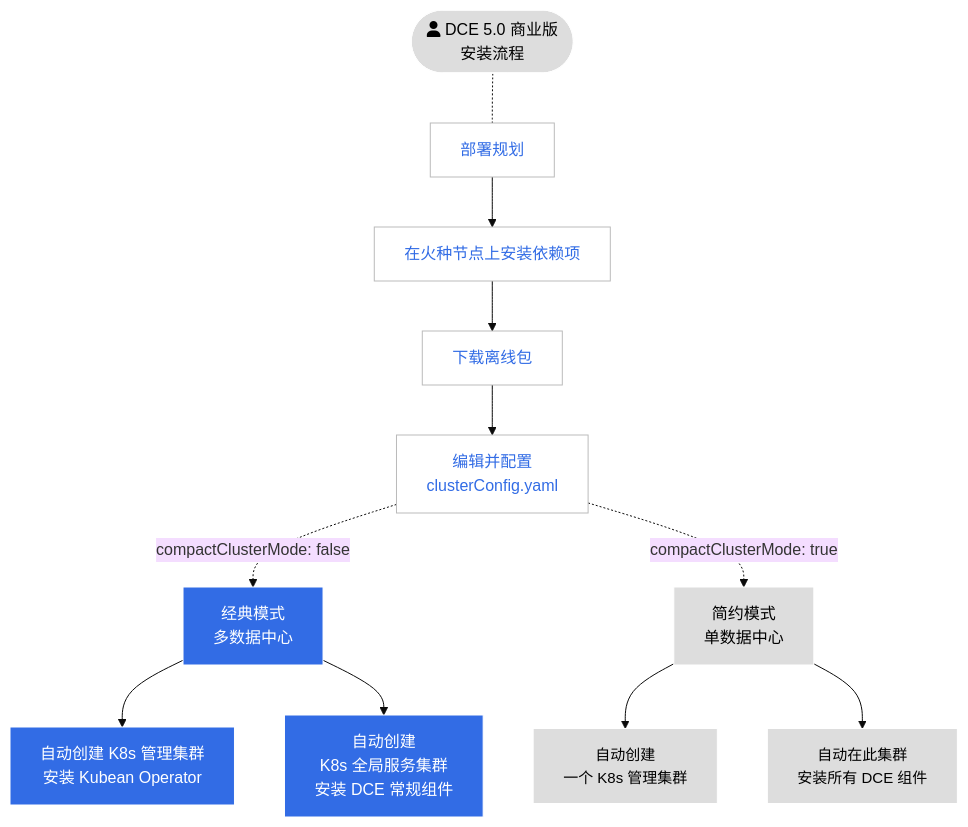
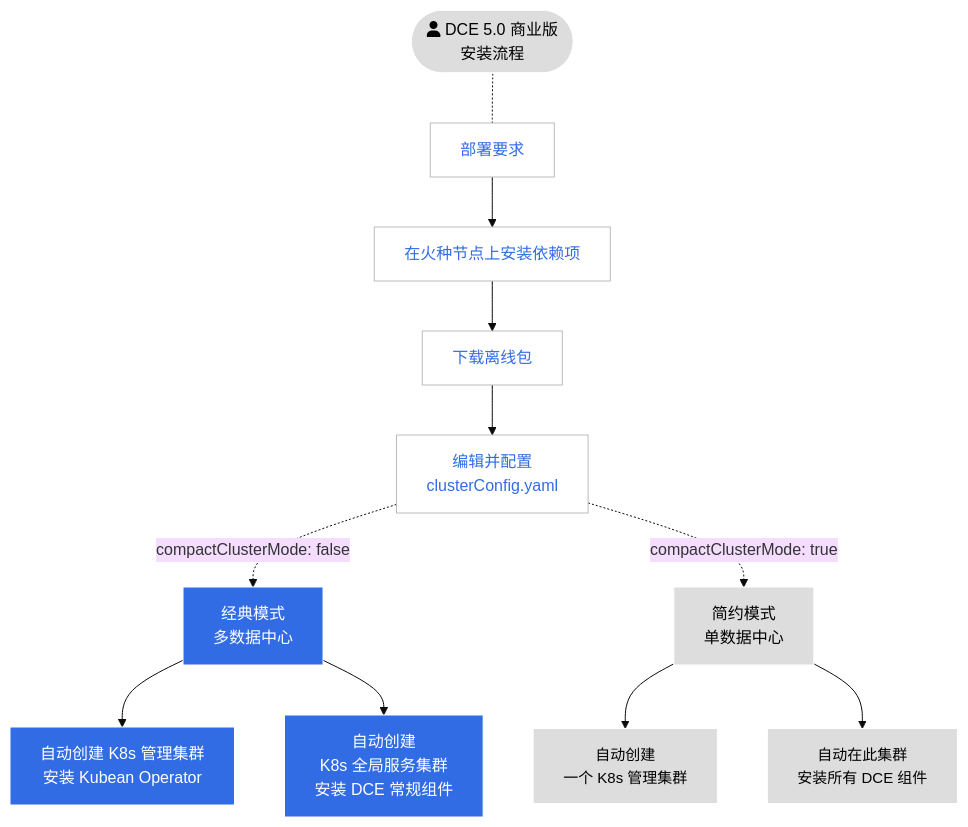
The second of 2 diagrams in docs/zh/docs/install/intro.md (DaoCloud/DaoCloud-docs), drawn with Mermaid (base theme) before and after one commit. The commit also changed 14 other files, not shown here.

Commit message:
rename-deploy-plan

````diff
--- a/docs/zh/docs/install/intro.md
+++ b/docs/zh/docs/install/intro.md
@@ -72,34 +72,34 @@
 ```mermaid
 flowchart TB
 
-    start([fa:fa-user DCE 5.0 商业版<br>安装流程]) -.- deploy[部署规划]
+    start([fa:fa-user DCE 5.0 商业版<br>安装流程]) -.- deploy[部署要求]
     deploy --> tools[在火种节点上安装依赖项]
     tools --> download[下载离线包]
     download --> config[编辑并配置<br>clusterConfig.yaml]
 
     config -.compactClusterMode: false.-> typical[经典模式<br>多数据中心]
     typical --> mng2[自动创建 K8s 管理集群<br>安装 Kubean Operator]
     typical --> gsc2[自动创建<br>K8s 全局服务集群<br>安装 DCE 常规组件]
 
     config -.compactClusterMode: true.-> simple[简约模式<br>单数据中心]
     simple --> k8s1[自动创建<br>一个 K8s 管理集群]
     simple --> gsc1[自动在此集群<br>安装所有 DCE 组件]
 
 classDef grey fill:#dddddd,stroke:#ffffff,stroke-width:1px,color:#000000, font-size:15px;
 classDef white fill:#ffffff,stroke:#000,stroke-width:1px,color:#000,font-weight:bold
 classDef spacewhite fill:#ffffff,stroke:#fff,stroke-width:0px,color:#000
 classDef plain fill:#ddd,stroke:#fff,stroke-width:1px,color:#000;
 classDef k8s fill:#326ce5,stroke:#fff,stroke-width:1px,color:#fff;
 classDef cluster fill:#fff,stroke:#bbb,stroke-width:1px,color:#326ce5;
 
 class deploy,tools,download,config cluster
 class typical,k8s,mng2,gsc2,k8s2 k8s
 class simple,start plain
 class gsc1,k8s1 grey
 
-click deploy "https://docs.daocloud.io/install/commercial/deploy-plan/"
+click deploy "https://docs.daocloud.io/install/commercial/commercial/deploy-requirements/"
 click tools "https://docs.daocloud.io/install/install-tools/"
 click download "https://docs.daocloud.io/install/commercial/download-file/"
 click config "https://docs.daocloud.io/install/commercial/clusterconfig/"
 click typical,simple "https://docs.daocloud.io/install/commercial/start-install/"
 ```
````
